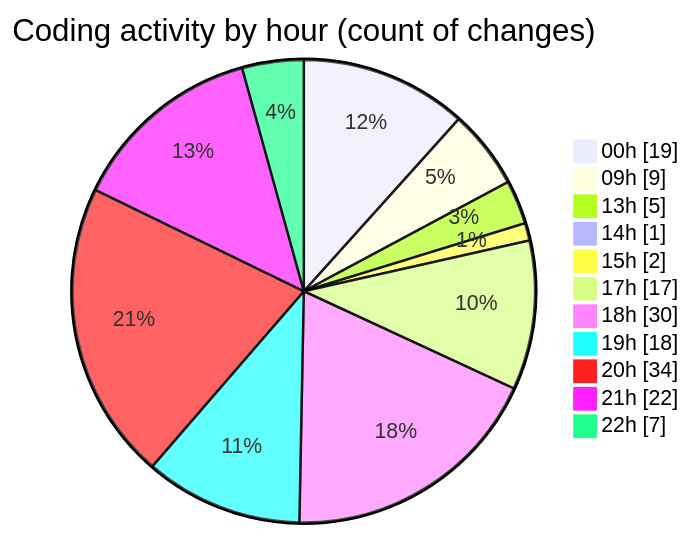
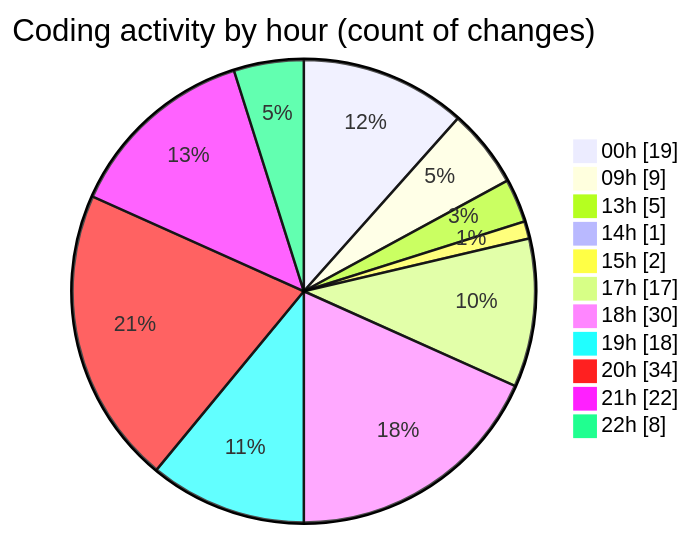
The second of 2 diagrams in 2025-08-12/ribbon/README.md (EIIisD/code-tracking), drawn with Mermaid before and after one commit. The commit also changed other lines of this file and 1 other file, not shown here.

````diff
--- a/2025-08-12/ribbon/README.md
+++ b/2025-08-12/ribbon/README.md
@@ -57,15 +57,15 @@
 ```mermaid
 pie showData
 title Coding activity by hour (count of changes)
 "00h" : 19
 "09h" : 9
 "13h" : 5
 "14h" : 1
 "15h" : 2
 "17h" : 17
 "18h" : 30
 "19h" : 18
 "20h" : 34
 "21h" : 22
-"22h" : 7
+"22h" : 8
 ```
````
